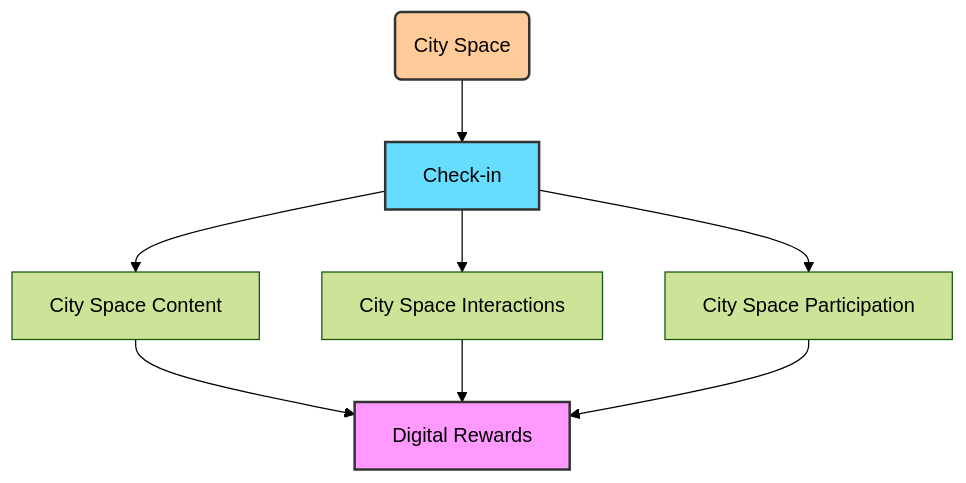
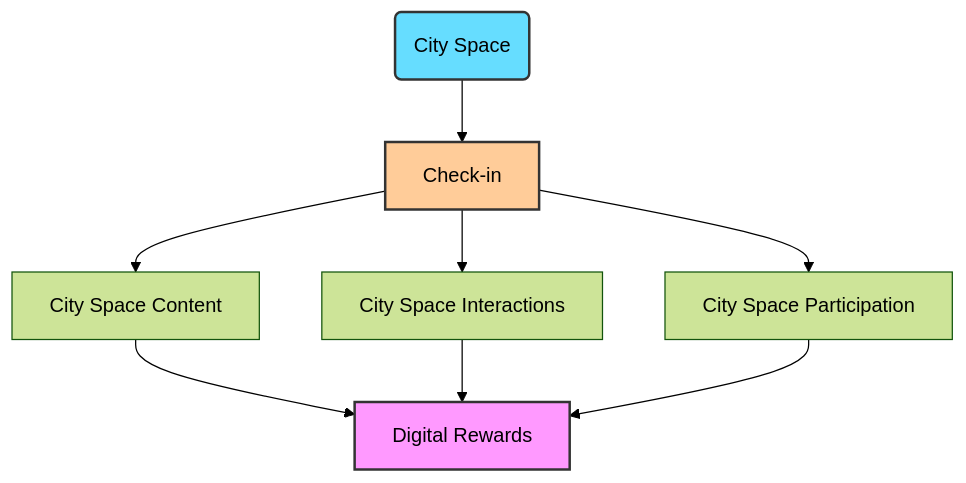
The diagram in pages/elements/city-spaces.md (cityos-work/cityos-dev), drawn with Mermaid (forest theme) before and after one commit.

````diff
--- a/pages/elements/city-spaces.md
+++ b/pages/elements/city-spaces.md
@@ -16,13 +16,13 @@
 ```mermaid
 graph TD;
     CS("City Space")-->CI["Check-in"];
     CI-->CSC["City Space Content"];
     CI-->CSI["City Space Interactions"];
     CI-->CSP["City Space Participation"];
     CSC-->DR["Digital Rewards"];
     CSI-->DR;
     CSP-->DR;
-    style CS fill:#fc9,stroke:#333,stroke-width:2px
-    style CI fill:#6df,stroke:#333,stroke-width:2px
+    style CS fill:#6df,stroke:#333,stroke-width:2px
+    style CI fill:#fc9,stroke:#333,stroke-width:2px
     style DR fill:#f9f,stroke:#333,stroke-width:2px
 ```
````
